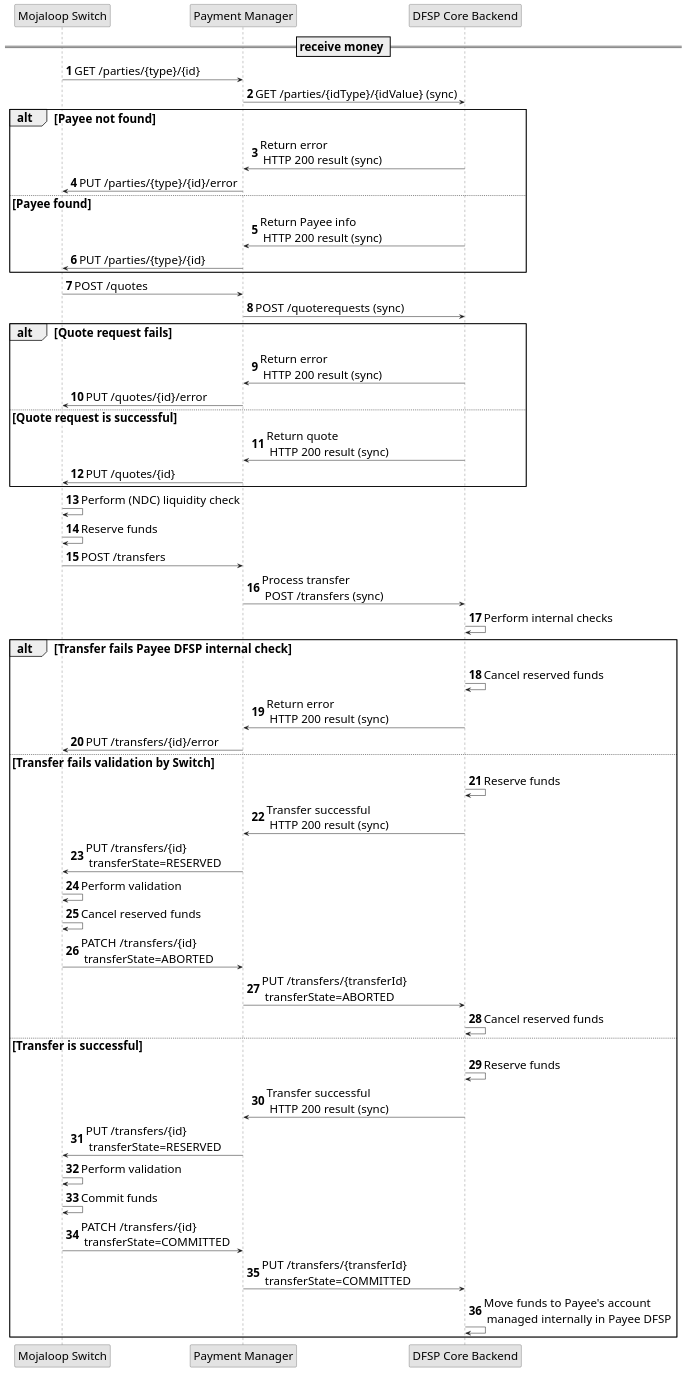
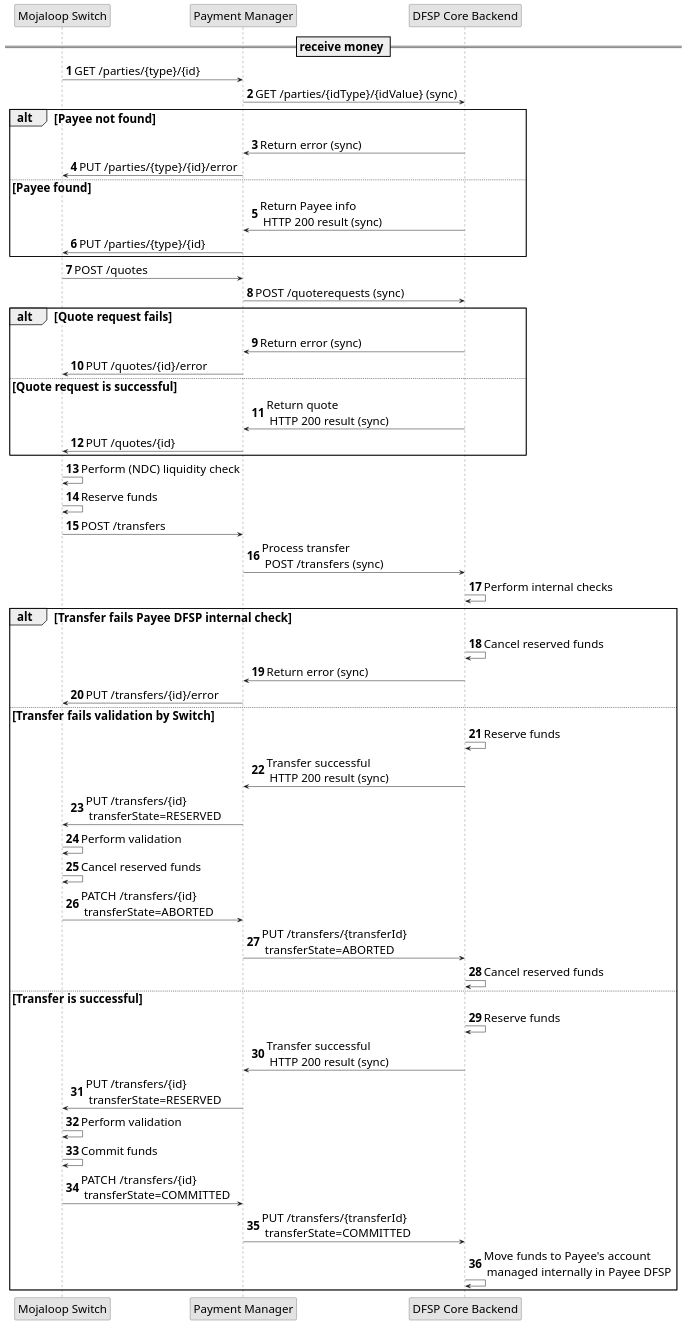
The diagram in modules/api_integration/images/PM4ML_transfer_flow_payee.plantuml (pm4ml/documents), drawn with PlantUML before and after one commit. The commit also changed 9 other files, not shown here.

```diff
--- a/modules/api_integration/images/PM4ML_transfer_flow_payee.plantuml
+++ b/modules/api_integration/images/PM4ML_transfer_flow_payee.plantuml
@@ -1,66 +1,66 @@
 @startuml
 autonumber
 skinparam activityFontSize 4
 skinparam activityDiamondFontSize 30
 skinparam activityArrowFontSize 24
 skinparam defaultFontSize 24
 skinparam noteFontSize 24
 skinparam monochrome true
 
 participant "Mojaloop Switch" as sw
 
 participant "Payment Manager" as sib
   
 participant "DFSP Core Backend" as backend
 
 
 == receive money ==
 
     sw -> sib: GET /parties/{type}/{id}
     sib -> backend: GET /parties/{idType}/{idValue} (sync)
     alt Payee not found
-    backend -> sib: Return error \n HTTP 200 result (sync)
+    backend -> sib: Return error (sync)
     sib -> sw: PUT /parties/{type}/{id}/error
     else Payee found
     backend -> sib: Return Payee info \n HTTP 200 result (sync)
     sib -> sw: PUT /parties/{type}/{id}
     end
     sw -> sib: POST /quotes
     sib -> backend: POST /quoterequests (sync)
     alt Quote request fails
-    backend -> sib: Return error \n HTTP 200 result (sync)
+    backend -> sib: Return error (sync)
     sib -> sw: PUT /quotes/{id}/error
     else Quote request is successful
     backend -> sib: Return quote \n HTTP 200 result (sync)
     sib -> sw: PUT /quotes/{id}
     end
     sw -> sw: Perform (NDC) liquidity check
     sw -> sw: Reserve funds
     sw -> sib: POST /transfers
     sib -> backend: Process transfer \n POST /transfers (sync)
     backend -> backend: Perform internal checks
     alt Transfer fails Payee DFSP internal check
     backend -> backend: Cancel reserved funds
-    backend -> sib: Return error \n HTTP 200 result (sync)
+    backend -> sib: Return error (sync)
     sib -> sw: PUT /transfers/{id}/error
     else Transfer fails validation by Switch
     backend -> backend: Reserve funds
     backend -> sib: Transfer successful \n HTTP 200 result (sync)
     sib -> sw: PUT /transfers/{id} \n transferState=RESERVED
     sw -> sw: Perform validation
     sw -> sw: Cancel reserved funds
     sw -> sib: PATCH /transfers/{id} \n transferState=ABORTED
     sib -> backend: PUT /transfers/{transferId} \n transferState=ABORTED
     backend -> backend: Cancel reserved funds
     else Transfer is successful
     backend -> backend: Reserve funds
     backend -> sib: Transfer successful \n HTTP 200 result (sync)
     sib -> sw: PUT /transfers/{id} \n transferState=RESERVED
     sw -> sw: Perform validation
     sw -> sw: Commit funds
     sw -> sib: PATCH /transfers/{id} \n transferState=COMMITTED
     sib -> backend: PUT /transfers/{transferId} \n transferState=COMMITTED
     backend -> backend: Move funds to Payee's account \n managed internally in Payee DFSP
     end
 
 @enduml
```
